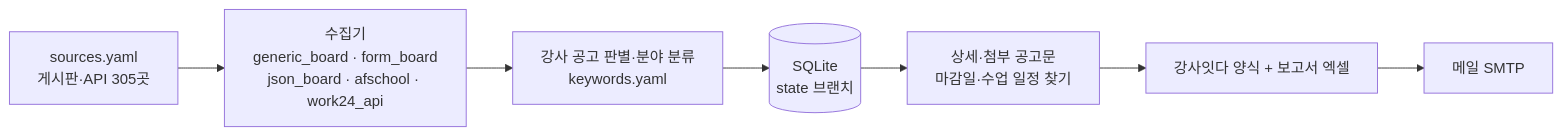
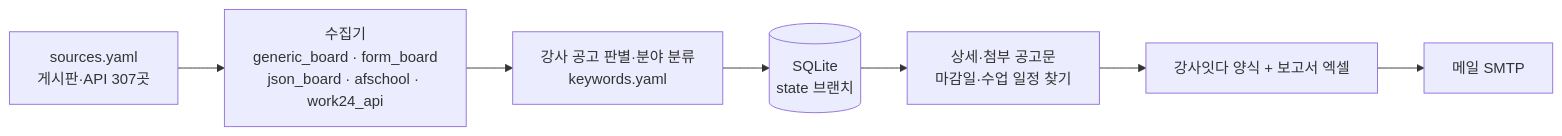
The diagram in docs/DESIGN.md (thskal17-sudo/busan-school-company), drawn with Mermaid before and after one commit. The commit also changed other lines of this file and 6 other files, not shown here.

````diff
--- a/docs/DESIGN.md
+++ b/docs/DESIGN.md
@@ -29,9 +29,9 @@
 ```mermaid
 flowchart LR
-    S[sources.yaml<br/>게시판·API 305곳] --> C[수집기<br/>generic_board · form_board<br/>json_board · afschool · work24_api]
+    S[sources.yaml<br/>게시판·API 307곳] --> C[수집기<br/>generic_board · form_board<br/>json_board · afschool · work24_api]
     C --> F[강사 공고 판별·분야 분류<br/>keywords.yaml]
     F --> D[(SQLite<br/>state 브랜치)]
     D --> I[상세·첨부 공고문<br/>마감일·수업 일정 찾기]
     I --> X[강사잇다 양식 + 보고서 엑셀]
     X --> M[메일 SMTP]
 ```
````
